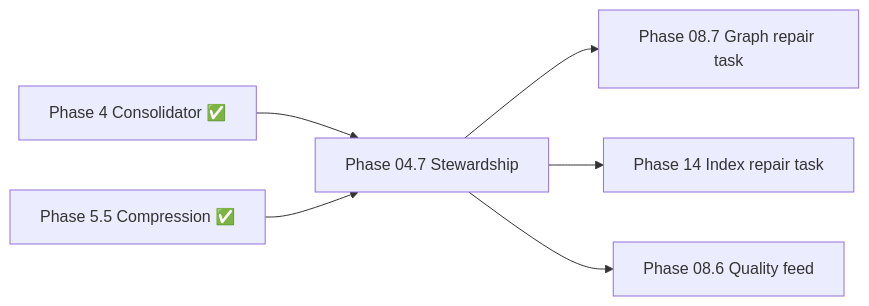
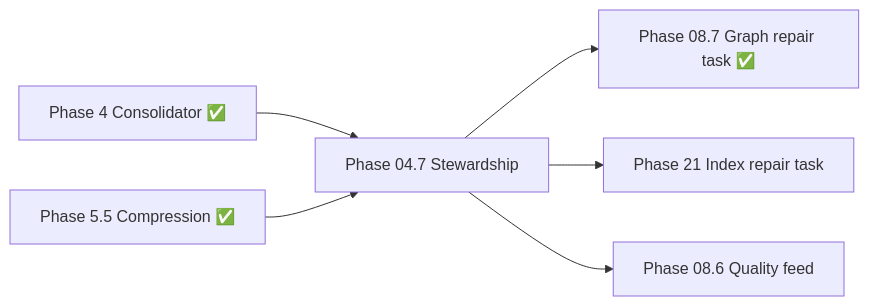
The diagram in .ai/phases/04.7-memory-stewardship/DESIGN.md (ontorata/ratary), drawn with Mermaid before and after one commit. The commit also changed other lines of this file and 44 other files, not shown here.

First line of the commit message:
feat(memory): async LLM summarizer, GraphRepairTask, and risk status schema

````diff
--- a/.ai/phases/04.7-memory-stewardship/DESIGN.md
+++ b/.ai/phases/04.7-memory-stewardship/DESIGN.md
@@ -47,8 +47,8 @@
 ```mermaid
 flowchart LR
   P4[Phase 4 Consolidator ✅] --> P047[Phase 04.7 Stewardship]
   P55[Phase 5.5 Compression ✅] --> P047
-  P047 --> P87[Phase 08.7 Graph repair task]
-  P047 --> P14[Phase 14 Index repair task]
+  P047 --> P87[Phase 08.7 Graph repair task ✅]
+  P047 --> P21[Phase 21 Index repair task]
   P047 --> P86[Phase 08.6 Quality feed]
 ```
````
